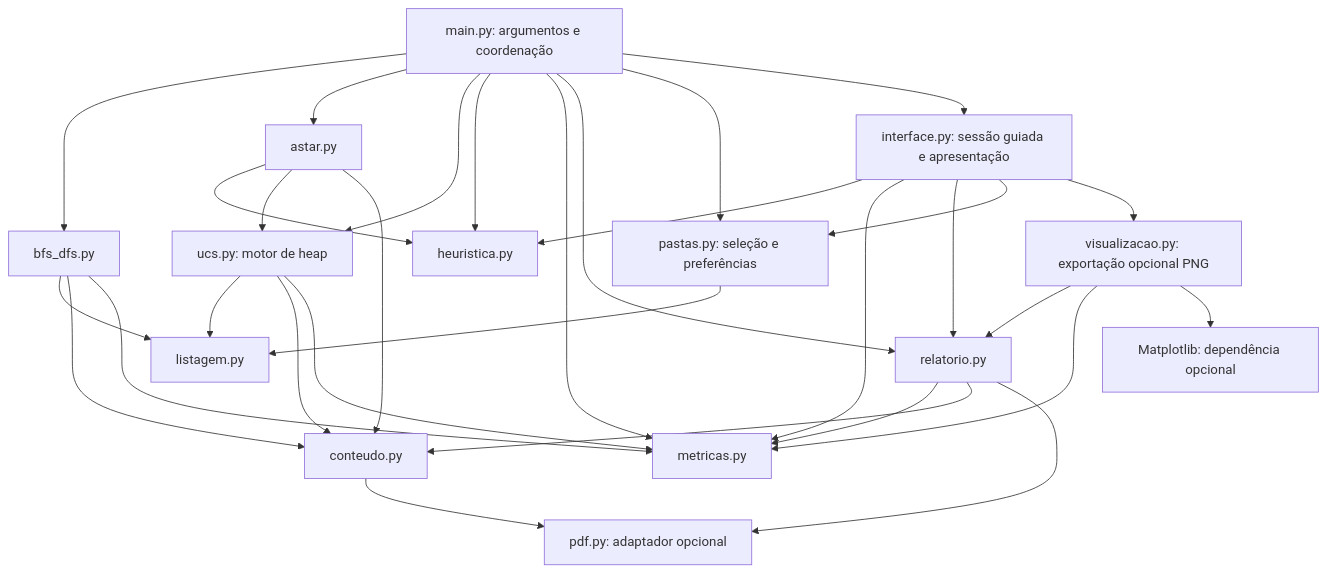
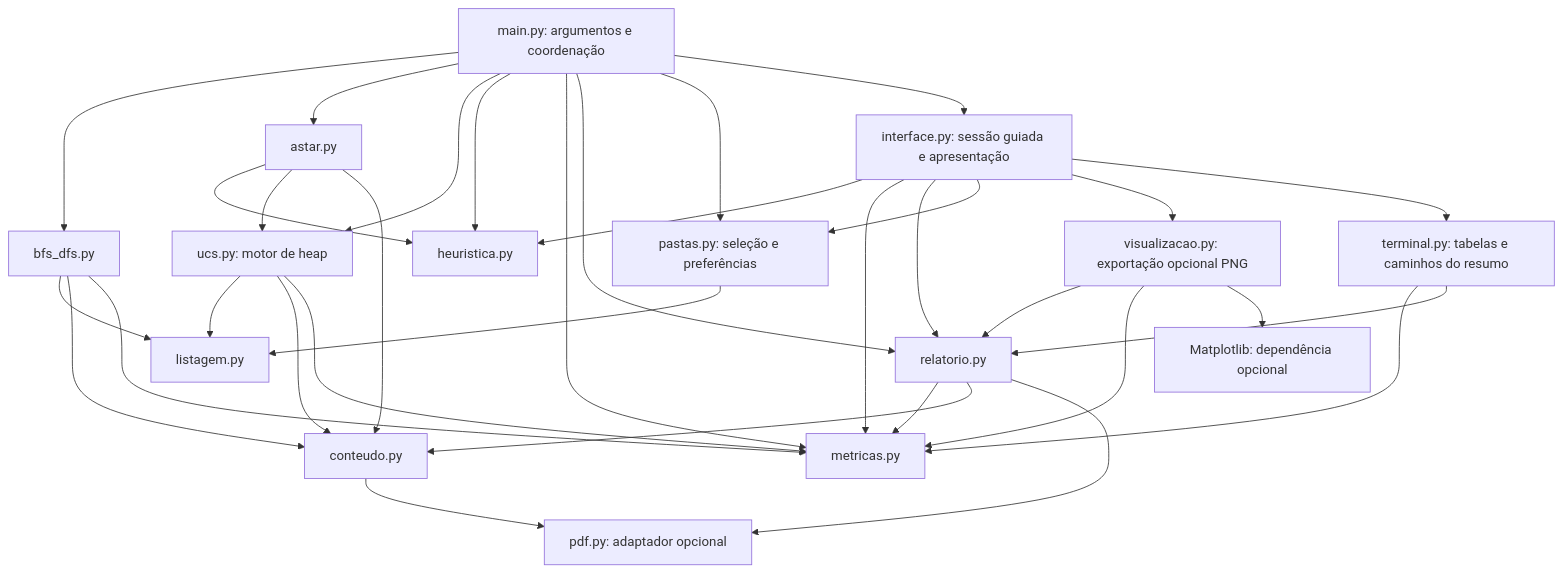
The first of 2 diagrams in docs/ARQUITETURA.md (samuelcotinguiba/File-Hunter-Agent), drawn with Mermaid before and after one commit. The commit also changed other lines of this file and 7 other files, not shown here.

Commit message:
melhora tabelas do terminal e separa ações de continuidade

````diff
--- a/docs/ARQUITETURA.md
+++ b/docs/ARQUITETURA.md
@@ -72,47 +72,51 @@
 ```mermaid
 flowchart TB
     CLI["main.py: argumentos e coordenação"]
     UI["interface.py: sessão guiada e apresentação"]
+    TER["terminal.py: tabelas e caminhos do resumo"]
     BFS["bfs_dfs.py"]
     AST["astar.py"]
     UCS["ucs.py: motor de heap"]
     HEU["heuristica.py"]
     LIS["listagem.py"]
     CON["conteudo.py"]
     PDF["pdf.py: adaptador opcional"]
     MET["metricas.py"]
     REL["relatorio.py"]
     PAS["pastas.py: seleção e preferências"]
     VIS["visualizacao.py: exportação opcional PNG"]
     MPL["Matplotlib: dependência opcional"]
     CLI --> BFS
     CLI --> AST
     CLI --> UCS
     CLI --> HEU
     CLI --> MET
     CLI --> REL
     CLI --> PAS
     CLI --> UI
     UI --> HEU
     UI --> MET
     UI --> REL
     UI --> PAS
     UI --> VIS
+    UI --> TER
+    TER --> MET
+    TER --> REL
     VIS --> REL
     VIS --> MET
     VIS --> MPL
     PAS --> LIS
     AST --> HEU
     AST --> UCS
     AST --> CON
     BFS --> LIS
     BFS --> CON
     BFS --> MET
     UCS --> LIS
     UCS --> CON
     UCS --> MET
     CON --> PDF
     REL --> MET
     REL --> CON
     REL --> PDF
 ```
````
